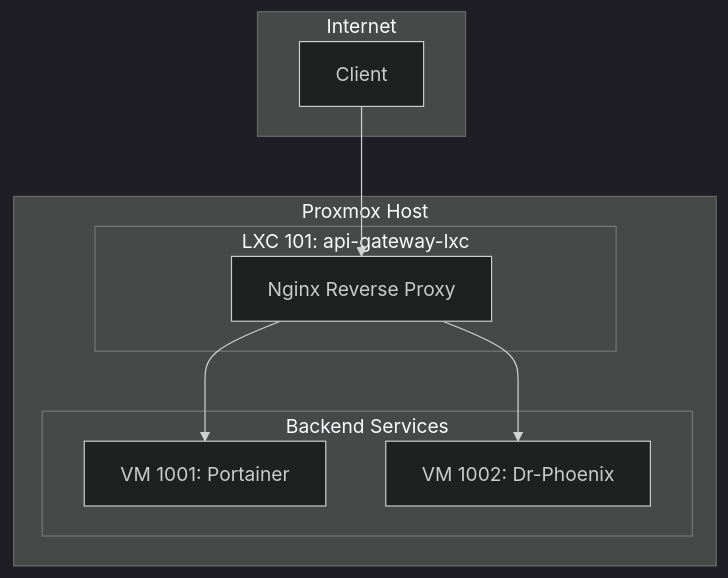
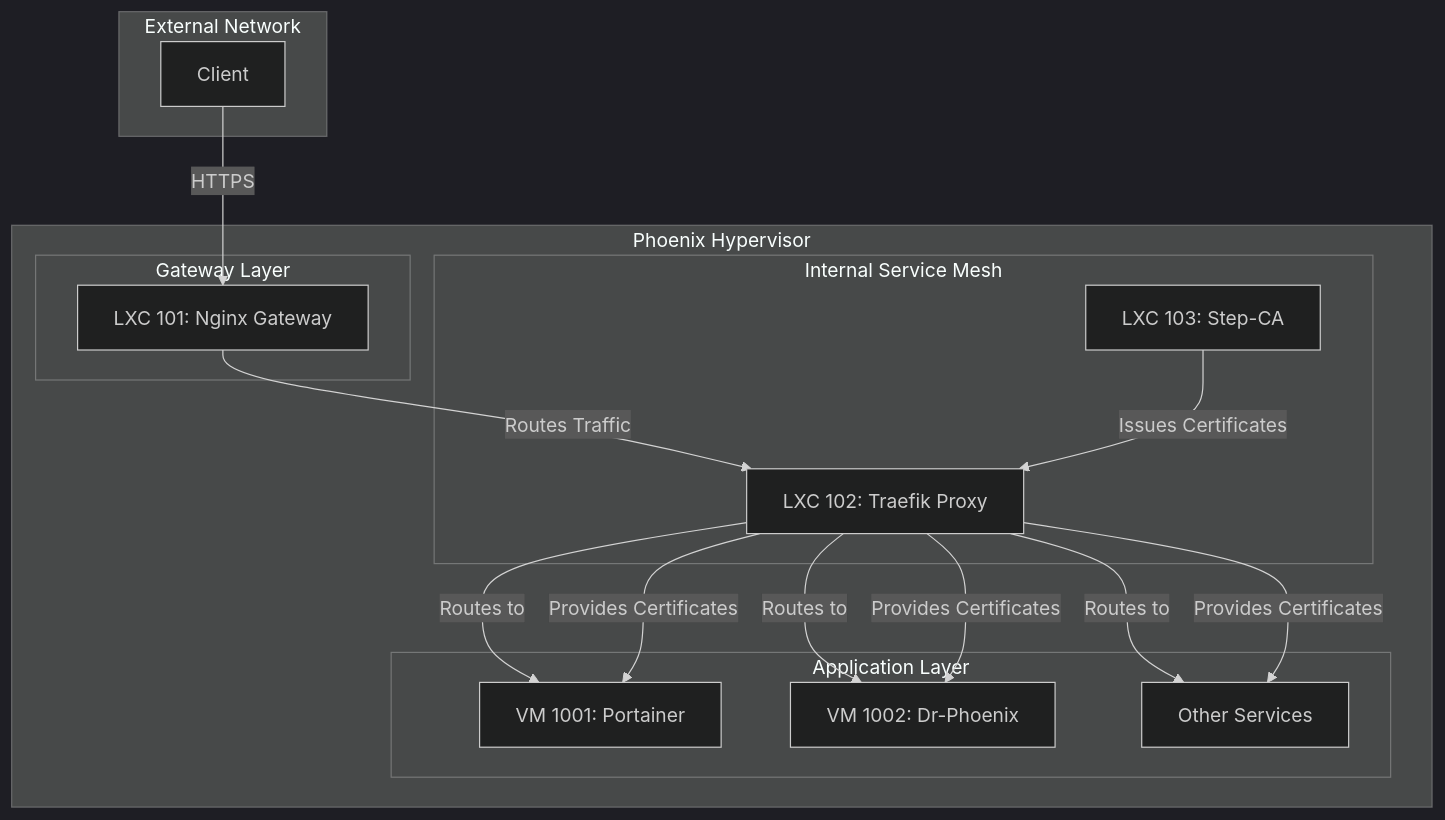
One commit to SirHeads/Testing-ideas changed the seventh of 7 diagrams in Thinkheads.AI_docs/02_technical_strategy_and_architecture/26_phoenix_hypervisor_unified_architecture_guide.md. Above: the diagram before and after it, drawn with Mermaid (dark theme). The commit also changed other lines of this file and 17 other files, not shown here.

````diff
--- a/Thinkheads.AI_docs/02_technical_strategy_and_architecture/26_phoenix_hypervisor_unified_architecture_guide.md
+++ b/Thinkheads.AI_docs/02_technical_strategy_and_architecture/26_phoenix_hypervisor_unified_architecture_guide.md
@@ -307,21 +329,33 @@
 ```mermaid
 graph TD
-    subgraph "Internet"
+    subgraph "External Network"
         A[Client]
     end
 
-    subgraph "Proxmox Host"
-        subgraph "LXC 101: api-gateway-lxc"
-            B[Nginx Reverse Proxy]
+    subgraph "Phoenix Hypervisor"
+        subgraph "Gateway Layer"
+            B[LXC 101: Nginx Gateway]
         end
 
-        subgraph "Backend Services"
-            VM1001["VM 1001: Portainer"]
-            VM1002["VM 1002: Dr-Phoenix"]
+        subgraph "Internal Service Mesh"
+            C[LXC 102: Traefik Proxy]
+            D[LXC 103: Step-CA]
+        end
+
+        subgraph "Application Layer"
+            E[VM 1001: Portainer]
+            F[VM 1002: Dr-Phoenix]
+            G[Other Services]
         end
     end
 
-    A --> B
-    B --> VM1001
-    B --> VM1002
+    A -- HTTPS --> B
+    B -- Routes Traffic --> C
+    C -- Routes to --> E
+    C -- Routes to --> F
+    C -- Routes to --> G
+    D -- Issues Certificates --> C
+    C -- Provides Certificates --> E
+    C -- Provides Certificates --> F
+    C -- Provides Certificates --> G
 ```
````
